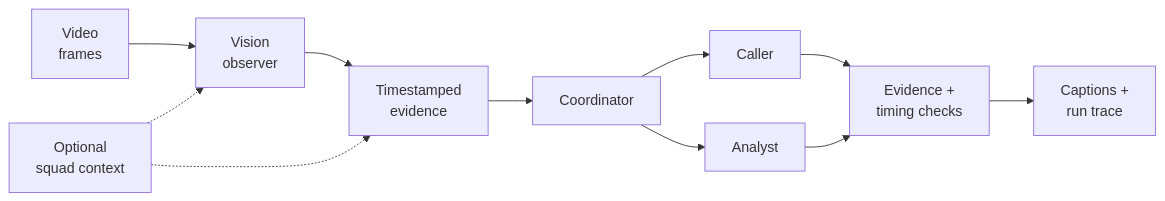
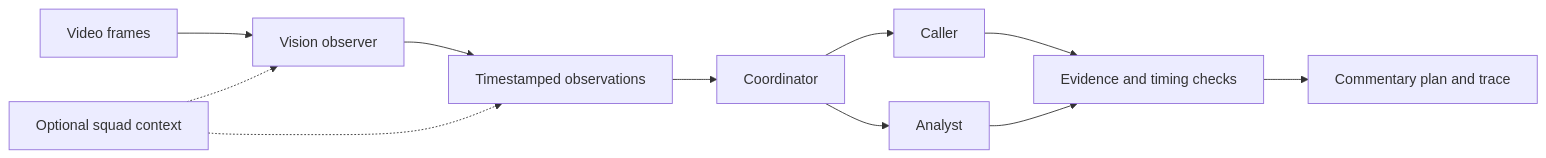
The first of 2 diagrams in README.md (aarshroongta1/live-soccer-commentary), drawn with Mermaid before and after one commit. The commit also changed other lines of this file, not shown here.

````diff
--- a/README.md
+++ b/README.md
@@ -71,13 +61,13 @@
 ```mermaid
 flowchart LR
-    V["Video<br/>frames"] --> O["Vision<br/>observer"]
-    R["Optional<br/>squad context"] -.-> O
-    O --> E["Timestamped<br/>evidence"]
+    V[Video frames] --> O[Vision observer]
+    R[Optional squad context] -.-> O
+    O --> E[Timestamped observations]
     R -.-> E
     E --> C[Coordinator]
     C --> P[Caller]
     C --> A[Analyst]
-    P --> G["Evidence +<br/>timing checks"]
+    P --> G[Evidence and timing checks]
     A --> G
-    G --> S["Captions +<br/>run trace"]
+    G --> S[Commentary plan and trace]
 ```
````
